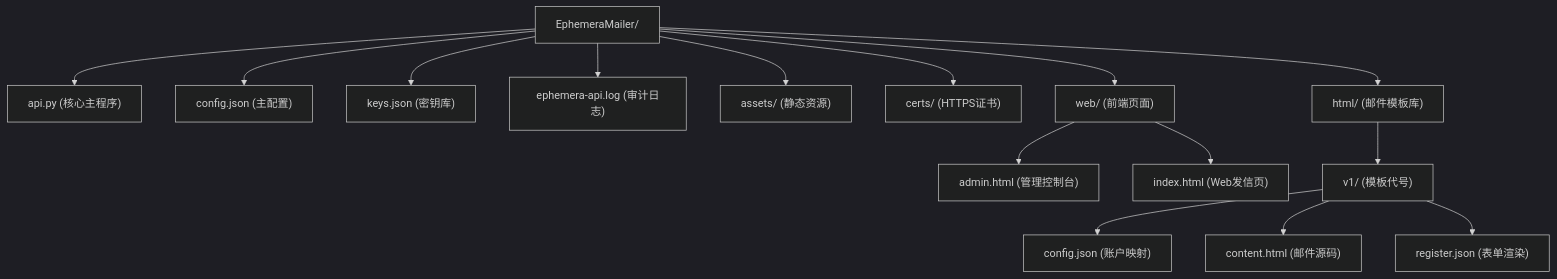
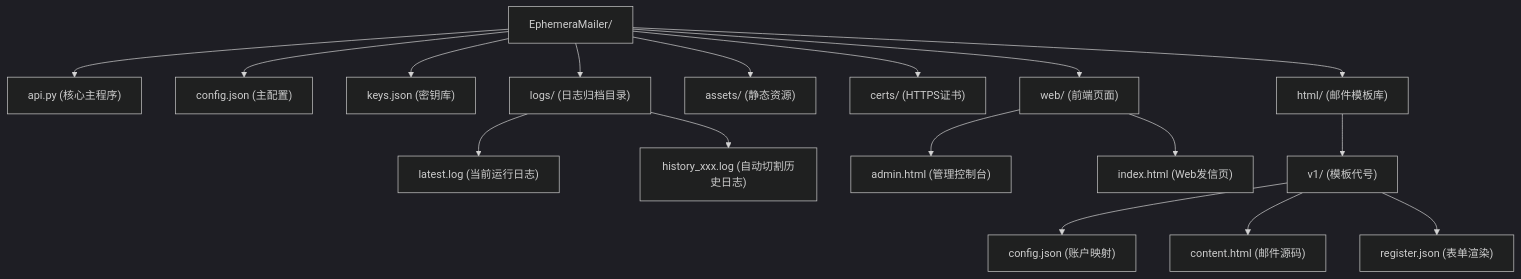
The diagram in README.md (MCHESMCS/EphemeraMailer), drawn with Mermaid (dark theme) before and after one commit. The commit also changed other lines of this file, not shown here.

First line of the commit message:
Revise log directory and API documentation

````diff
--- a/README.md
+++ b/README.md
@@ -61,22 +61,25 @@
 ```mermaid
 graph TD
     ROOT["EphemeraMailer/"]
 
     ROOT --> api["api.py (核心主程序)"]
     ROOT --> config["config.json (主配置)"]
     ROOT --> keys["keys.json (密钥库)"]
-    ROOT --> log["ephemera-api.log (审计日志)"]
+    ROOT --> logs["logs/ (日志归档目录)"]
     ROOT --> assets["assets/ (静态资源)"]
     ROOT --> certs["certs/ (HTTPS证书)"]
     ROOT --> web["web/ (前端页面)"]
     ROOT --> html["html/ (邮件模板库)"]
+
+    logs --> latest["latest.log (当前运行日志)"]
+    logs --> history["history_xxx.log (自动切割历史日志)"]
 
     web --> admin["admin.html (管理控制台)"]
     web --> index["index.html (Web发信页)"]
 
     html --> v1["v1/ (模板代号)"]
 
     v1 --> v1_config["config.json (账户映射)"]
     v1 --> v1_content["content.html (邮件源码)"]
     v1 --> v1_reg["register.json (表单渲染)"]
 ```
````
